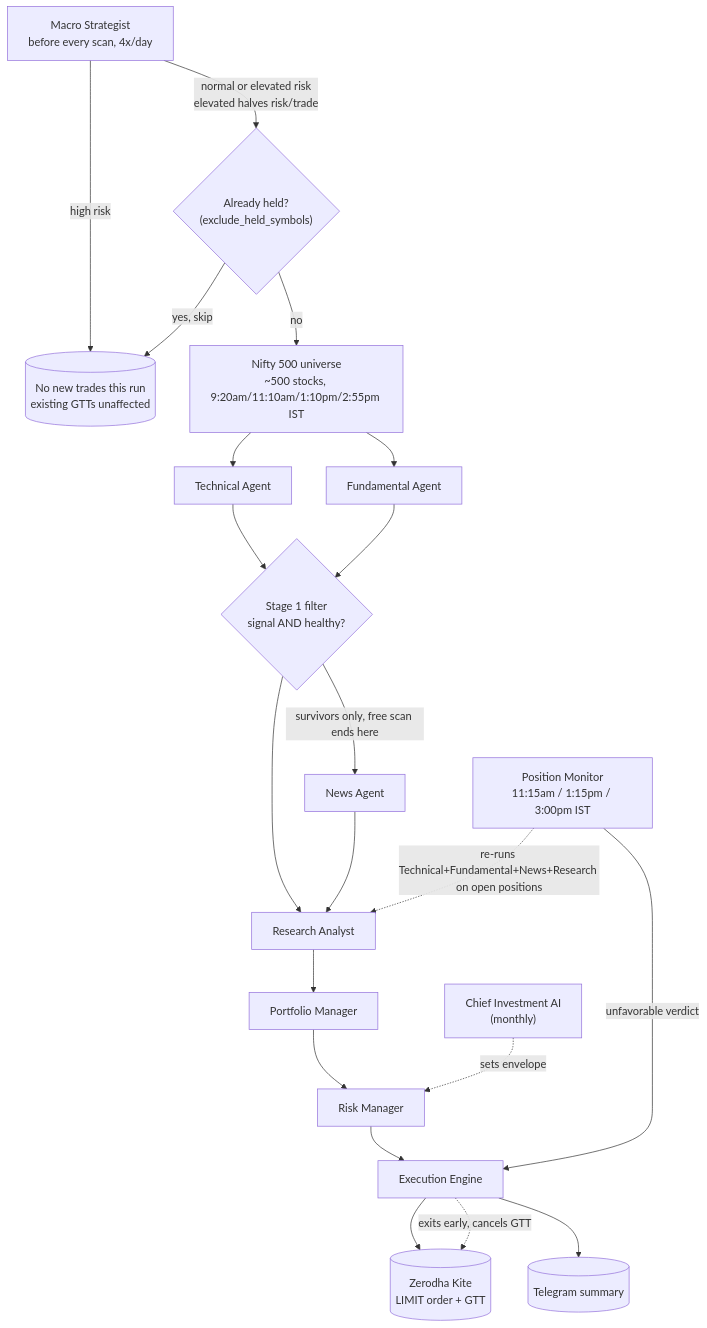
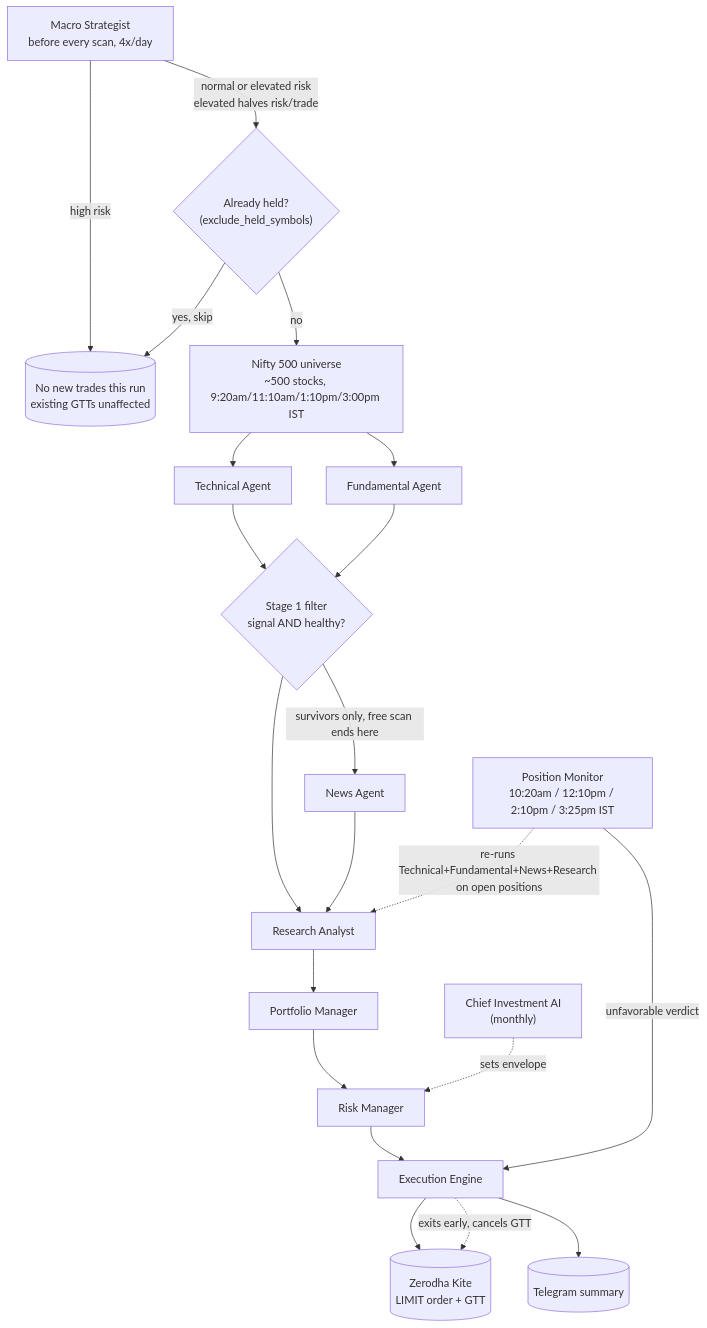
One commit to surajsurana/StockTradingBot changed the diagram in AGENT_STRUCTURE.md. Above: the diagram before and after it, drawn with Mermaid. The commit also changed other lines of this file, not shown here.

First line of the commit message:
Space run_daily.py/monitor_positions.py roughly an hour apart

````diff
--- a/AGENT_STRUCTURE.md
+++ b/AGENT_STRUCTURE.md
@@ -31,26 +31,26 @@
 ```mermaid
 flowchart TD
     MACRO["Macro Strategist<br/>before every scan, 4x/day"]
     MACRO -->|high risk| SKIP[("No new trades this run<br/>existing GTTs unaffected")]
     MACRO -->|normal or elevated risk<br/>elevated halves risk/trade| HELD{"Already held?<br/>(exclude_held_symbols)"}
     HELD -->|yes, skip| SKIP
-    HELD -->|no| U["Nifty 500 universe<br/>~500 stocks, 9:20am/11:10am/1:10pm/2:55pm IST"]
+    HELD -->|no| U["Nifty 500 universe<br/>~500 stocks, 9:20am/11:10am/1:10pm/3:00pm IST"]
     U --> TECH[Technical Agent]
     U --> FUND[Fundamental Agent]
     TECH --> S1{"Stage 1 filter<br/>signal AND healthy?"}
     FUND --> S1
     S1 -->|survivors only, free scan ends here| NEWS[News Agent]
     S1 --> RESEARCH[Research Analyst]
     NEWS --> RESEARCH
     RESEARCH --> PM[Portfolio Manager]
     PM --> RM[Risk Manager]
     CIO["Chief Investment AI<br/>(monthly)"] -.sets envelope.-> RM
     RM --> EXEC[Execution Engine]
     EXEC --> KITE[("Zerodha Kite<br/>LIMIT order + GTT")]
     EXEC --> TG[("Telegram summary")]
 
-    MON["Position Monitor<br/>11:15am / 1:15pm / 3:00pm IST"]
+    MON["Position Monitor<br/>10:20am / 12:10pm / 2:10pm / 3:25pm IST"]
     MON -.re-runs Technical+Fundamental+News+Research on open positions.-> RESEARCH
     MON -->|unfavorable verdict| EXEC
     EXEC -.exits early, cancels GTT.-> KITE
 ```
````
